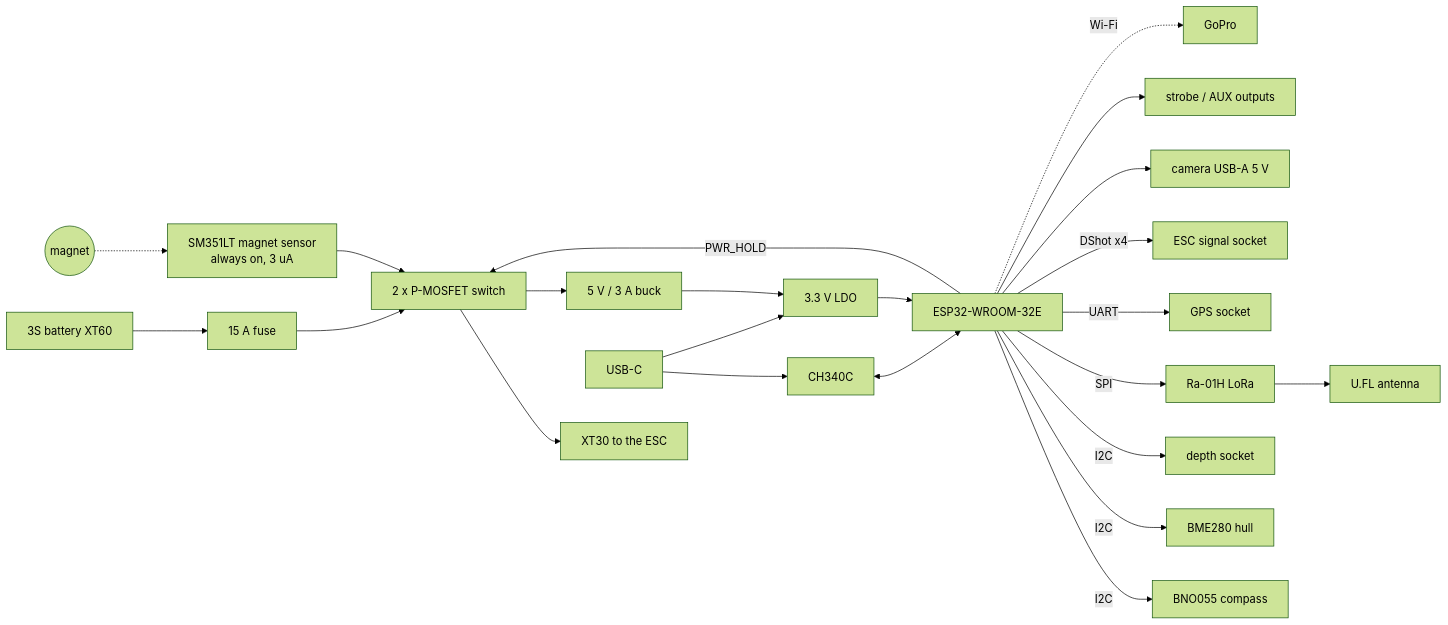
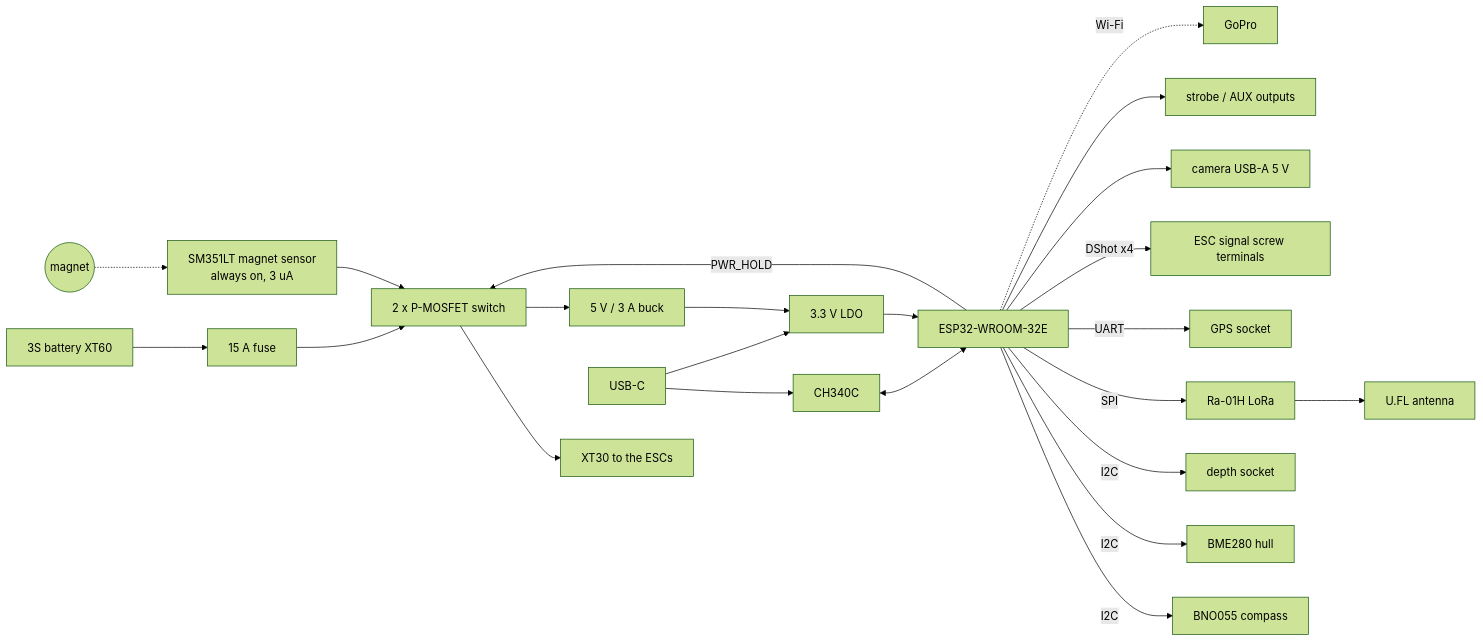
Before and after one commit to willjrochester3333-cpu/BIOHUB: the diagram in submarine/pcb-core/README.md, drawn with Mermaid (forest theme). The commit also changed other lines of this file and 21 other files, not shown here.

````diff
--- a/submarine/pcb-core/README.md
+++ b/submarine/pcb-core/README.md
@@ -39,17 +43,17 @@
 ```mermaid
 flowchart LR
     BAT[3S battery XT60] --> F[15 A fuse] --> SW[2 x P-MOSFET switch]
     MAG((magnet)) -.-> HALL[SM351LT magnet sensor<br/>always on, 3 uA] --> SW
-    SW --> ESCP[XT30 to the ESC]
+    SW --> ESCP[XT30 to the ESCs]
     SW --> BUCK[5 V / 3 A buck] --> LDO[3.3 V LDO]
     USB[USB-C] --> CH[CH340C] <--> MCU
     USB --> LDO
     LDO --> MCU[ESP32-WROOM-32E]
     MCU -- PWR_HOLD --> SW
     MCU -- I2C --> IMU[BNO055 compass] & BME[BME280 hull] & DEP[depth socket]
     MCU -- SPI --> LORA[Ra-01H LoRa] --> ANT[U.FL antenna]
     MCU -- UART --> GPS[GPS socket]
-    MCU -- DShot x4 --> ESCS[ESC signal socket]
+    MCU -- DShot x4 --> ESCS[ESC signal screw terminals]
     MCU --> CAM[camera USB-A 5 V] & OUT[strobe / AUX outputs]
     MCU -. Wi-Fi .-> GOPRO[GoPro]
 ```
````
